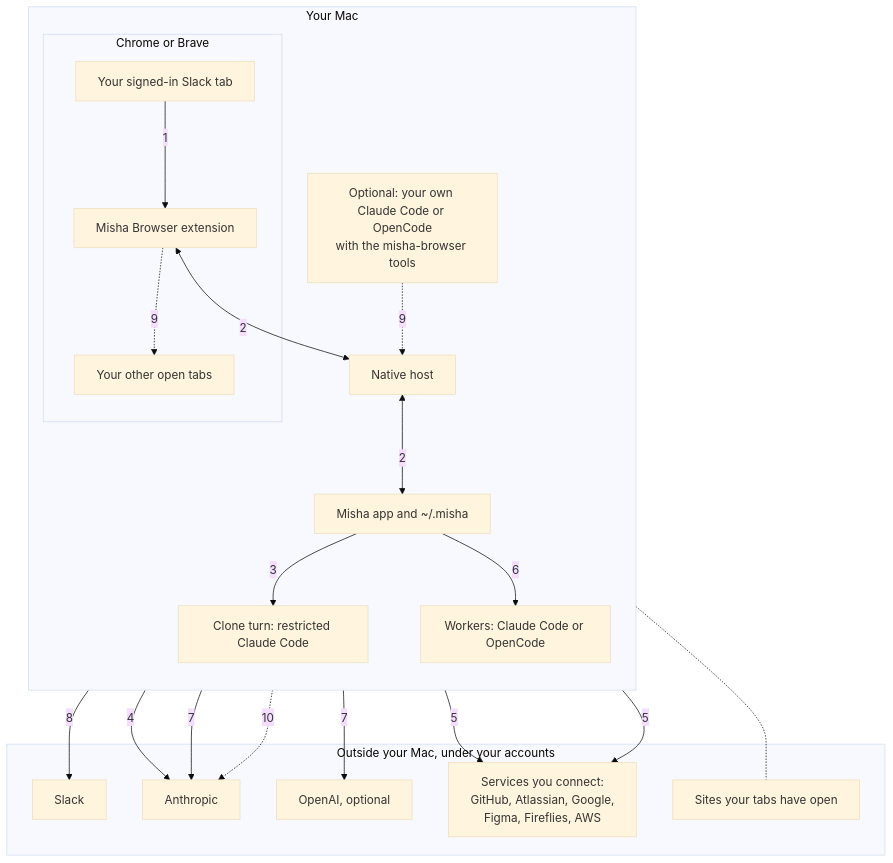
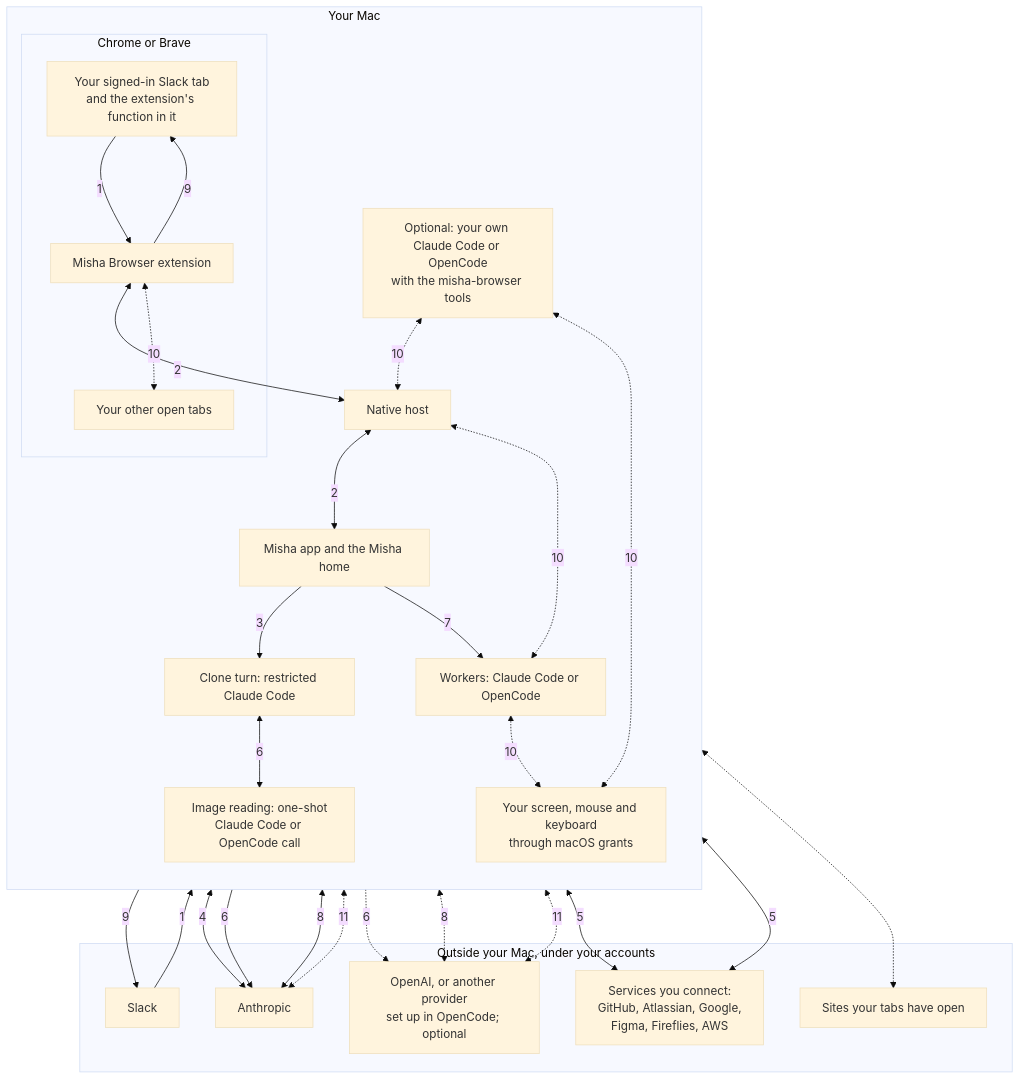
One commit to dumdummisha/docs changed the diagram in diagrams/where-data-goes.mmd. Above: the diagram before and after it, drawn with Mermaid (base theme). The commit also changed 2 other files, not shown here.

Commit message:
docs: correct the privacy policy's flows, authority, credential check and storage
Name the image-reading model call and every provider OpenCode can route to,
separate routed messages from captured ones, describe the clone's, Claude
workers' and GPT workers' actual permission sources, add the local
outgoing-text credential check with its coverage limits, list worker prompts,
logs, worktrees, pause state and temporary files with their real lifetimes,
and give a concrete removal route for the Misha home, the extension and the
native host. The diagram gains the image call, the other providers, the
worker and desktop routes and the Slack page boundary.

```diff
--- a/diagrams/where-data-goes.mmd
+++ b/diagrams/where-data-goes.mmd
@@ -1,37 +1,48 @@
 flowchart TB
   subgraph mac["Your Mac"]
     direction TB
     subgraph browser["Chrome or Brave"]
-      tab["Your signed-in Slack tab"]
+      tab["Your signed-in Slack tab<br/>and the extension's function in it"]
       ext["Misha Browser extension"]
       tabs["Your other open tabs"]
     end
     host["Native host"]
-    app["Misha app and ~/.misha"]
+    app["Misha app and the Misha home"]
     clone["Clone turn: restricted Claude Code"]
+    vision["Image reading: one-shot<br/>Claude Code or OpenCode call"]
     workers["Workers: Claude Code or OpenCode"]
     own["Optional: your own Claude Code or OpenCode<br/>with the misha-browser tools"]
+    desktop["Your screen, mouse and keyboard<br/>through macOS grants"]
   end
   subgraph outside["Outside your Mac, under your accounts"]
     slack["Slack"]
     anthropic["Anthropic"]
-    openai["OpenAI, optional"]
+    openai["OpenAI, or another provider<br/>set up in OpenCode; optional"]
     services["Services you connect:<br/>GitHub, Atlassian, Google,<br/>Figma, Fireflies, AWS"]
     sites["Sites your tabs have open"]
   end
 
+  slack -- "1" --> tab
   tab -- "1" --> ext
   ext <-->|"2"| host
   host <-->|"2"| app
   app -- "3" --> clone
-  clone -- "4" --> anthropic
-  clone -- "5" --> services
-  app -- "6" --> workers
-  workers -- "7" --> anthropic
-  workers -- "7" --> openai
-  workers -- "5" --> services
-  ext -- "8" --> slack
-  own -. "9" .-> host
-  ext -. "9" .-> tabs
-  tabs -.- sites
-  own -. "10" .-> anthropic
+  clone <-->|"4"| anthropic
+  clone <-->|"5"| services
+  clone <-->|"6"| vision
+  vision -- "6" --> anthropic
+  vision -. "6" .-> openai
+  app -- "7" --> workers
+  workers <-->|"8"| anthropic
+  workers <-.->|"8"| openai
+  workers <-->|"5"| services
+  ext -- "9" --> tab
+  tab -- "9" --> slack
+  own <-.->|"10"| host
+  workers <-.->|"10"| host
+  ext <-.->|"10"| tabs
+  tabs <-.-> sites
+  own <-.->|"10"| desktop
+  workers <-.->|"10"| desktop
+  own <-.->|"11"| anthropic
+  own <-.->|"11"| openai
```
